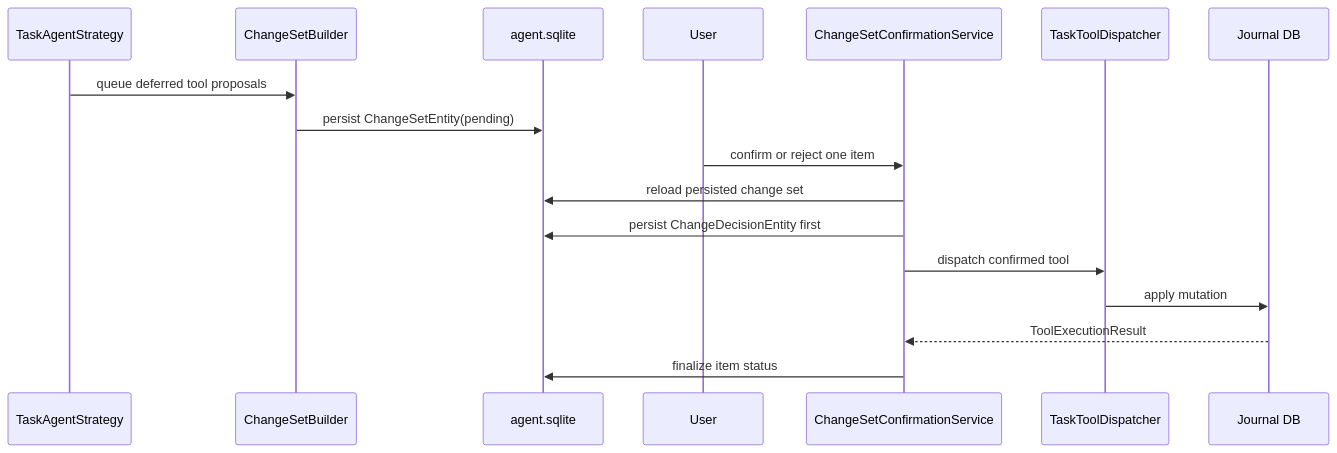
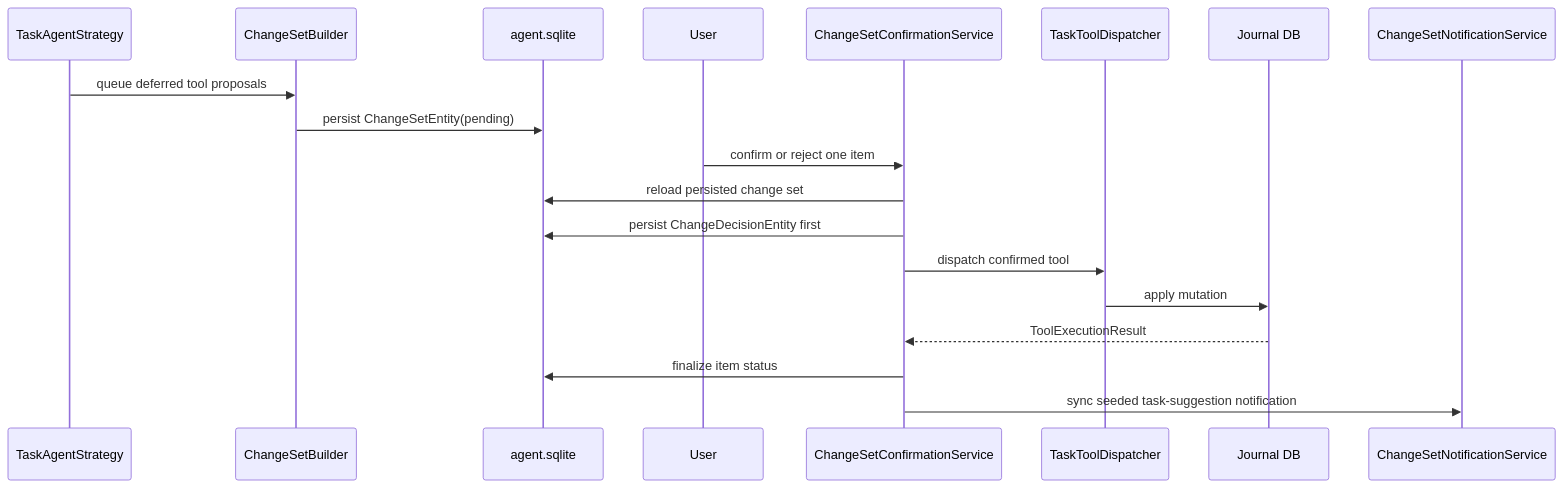
The eighth of 15 diagrams in lib/features/agents/README.md (matthiasn/lotti), drawn with Mermaid before and after one commit. The commit also changed other lines of this file and 34 other files, not shown here.

````diff
--- a/lib/features/agents/README.md
+++ b/lib/features/agents/README.md
@@ -546,20 +554,22 @@
 ```mermaid
 sequenceDiagram
   participant Agent as TaskAgentStrategy
   participant Builder as ChangeSetBuilder
   participant Store as agent.sqlite
   participant User as User
   participant Confirm as ChangeSetConfirmationService
   participant Dispatch as TaskToolDispatcher
   participant Journal as Journal DB
+  participant Inbox as ChangeSetNotificationService
 
   Agent->>Builder: queue deferred tool proposals
   Builder->>Store: persist ChangeSetEntity(pending)
   User->>Confirm: confirm or reject one item
   Confirm->>Store: reload persisted change set
   Confirm->>Store: persist ChangeDecisionEntity first
   Confirm->>Dispatch: dispatch confirmed tool
   Dispatch->>Journal: apply mutation
   Journal-->>Confirm: ToolExecutionResult
   Confirm->>Store: finalize item status
+  Confirm->>Inbox: sync seeded task-suggestion notification
 ```
````
